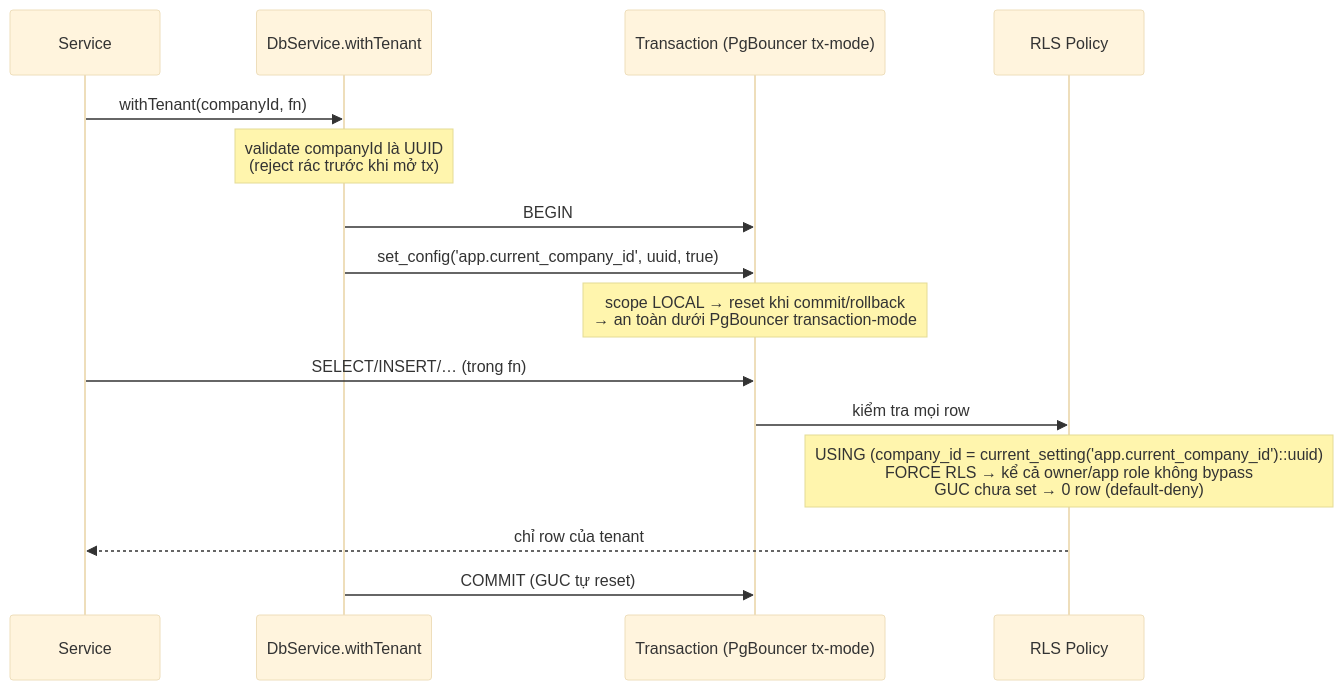
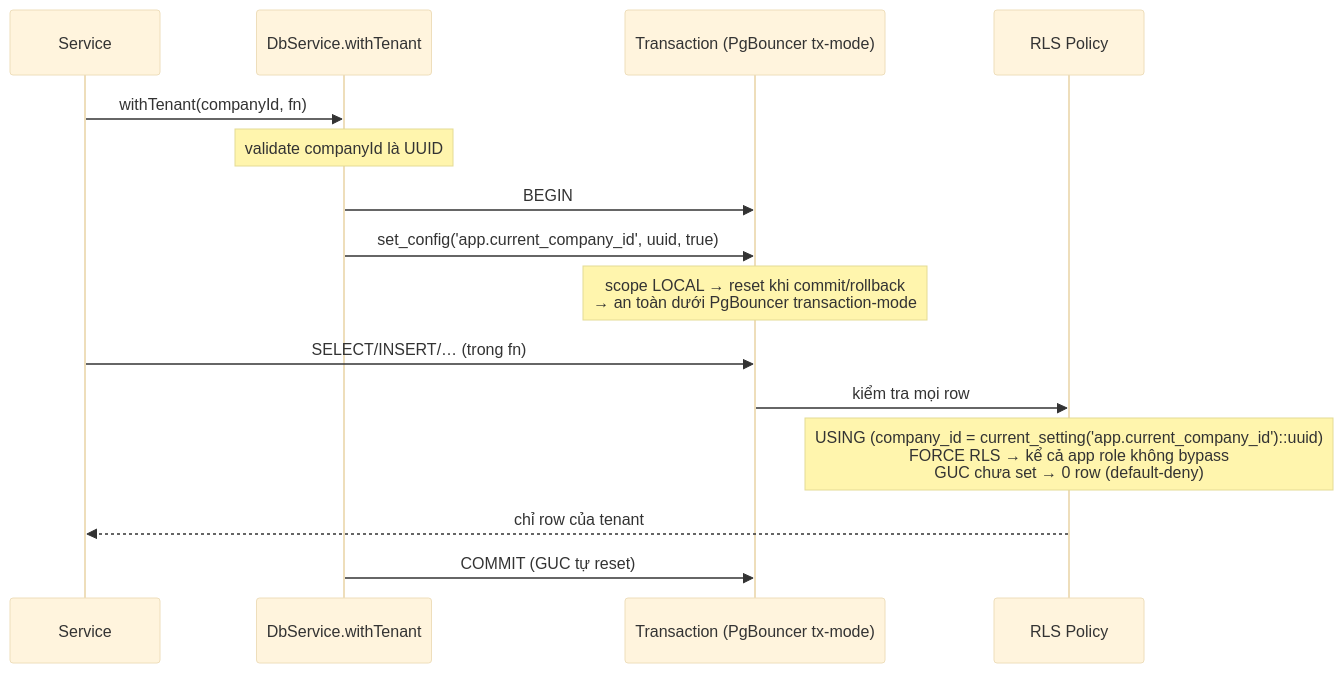
One commit to nguyencanhqk/mediaos changed the fifth of 7 diagrams in docs/SYSTEM-DESIGN.md. Above: the diagram before and after it, drawn with Mermaid (base theme). The commit also changed other lines of this file and 194 other files, not shown here.

````diff
--- a/docs/SYSTEM-DESIGN.md
+++ b/docs/SYSTEM-DESIGN.md
@@ -302,18 +210,17 @@
 ```mermaid
 sequenceDiagram
     participant Svc as Service
     participant DS as DbService.withTenant
     participant Tx as Transaction (PgBouncer tx-mode)
     participant RLS as RLS Policy
-
     Svc->>DS: withTenant(companyId, fn)
-    Note over DS: validate companyId là UUID<br/>(reject rác trước khi mở tx)
+    Note over DS: validate companyId là UUID
     DS->>Tx: BEGIN
     DS->>Tx: set_config('app.current_company_id', uuid, true)
     Note over Tx: scope LOCAL → reset khi commit/rollback<br/>→ an toàn dưới PgBouncer transaction-mode
     Svc->>Tx: SELECT/INSERT/… (trong fn)
     Tx->>RLS: kiểm tra mọi row
-    Note over RLS: USING (company_id = current_setting('app.current_company_id')::uuid)<br/>FORCE RLS → kể cả owner/app role không bypass<br/>GUC chưa set → 0 row (default-deny)
+    Note over RLS: USING (company_id = current_setting('app.current_company_id')::uuid)<br/>FORCE RLS → kể cả app role không bypass<br/>GUC chưa set → 0 row (default-deny)
     RLS-->>Svc: chỉ row của tenant
     DS->>Tx: COMMIT (GUC tự reset)
 ```
````
